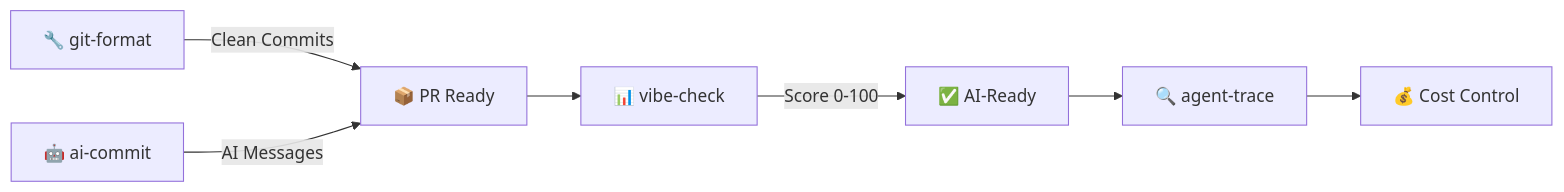
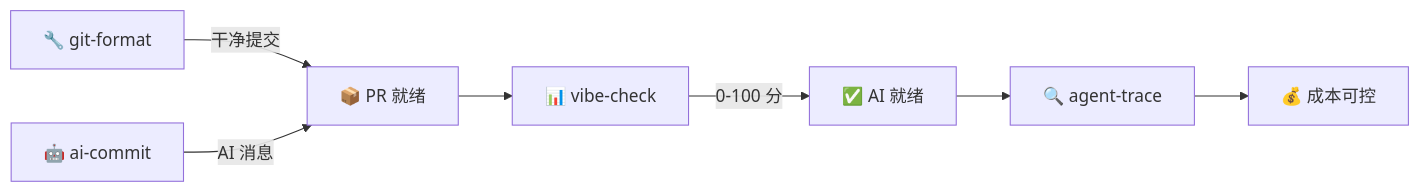
The diagram in README.zh.md (Serennity007/Serennity007), drawn with Mermaid before and after one commit. The commit also changed other lines of this file and 1 other file, not shown here.

````diff
--- a/README.zh.md
+++ b/README.zh.md
@@ -122,9 +100,9 @@
 ```mermaid
 graph LR
-    A["🔧 git-format"] -->|Clean Commits| B["📦 PR Ready"]
-    C["🤖 ai-commit"] -->|AI Messages| B
+    A["🔧 git-format"] -->|干净提交| B["📦 PR 就绪"]
+    C["🤖 ai-commit"] -->|AI 消息| B
     B --> D["📊 vibe-check"]
-    D -->|"Score 0-100"| E["✅ AI-Ready"]
+    D -->|"0-100 分"| E["✅ AI 就绪"]
     E --> F["🔍 agent-trace"]
-    F --> G["💰 Cost Control"]
+    F --> G["💰 成本可控"]
 ```
````
